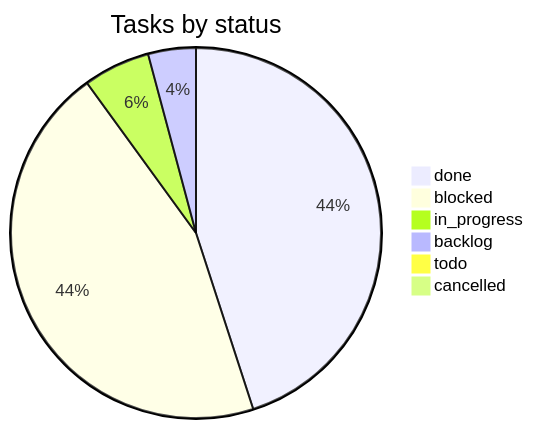
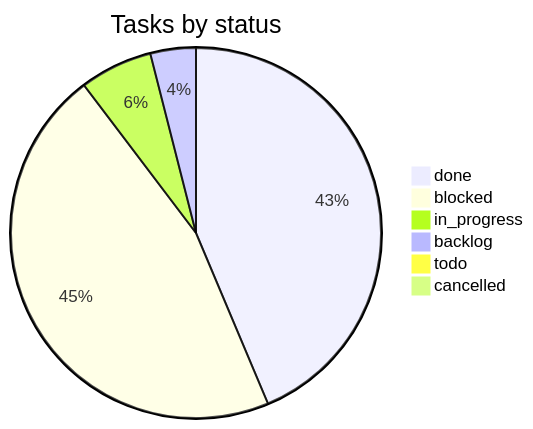
The second of 2 diagrams in PROGRESS.md (vulcanflow/docs), drawn with Mermaid before and after one commit. The commit also changed other lines of this file and 1 other file, not shown here.

Commit message:
progress: 1 delivery (VFL-146), 2 status changes, 1 new task (VFL-151)

````diff
--- a/PROGRESS.md
+++ b/PROGRESS.md
@@ -58,9 +58,9 @@
 ```mermaid
 pie title Tasks by status
-  "done" : 54
-  "blocked" : 54
-  "in_progress" : 7
+  "done" : 55
+  "blocked" : 58
+  "in_progress" : 8
   "backlog" : 5
   "todo" : 1
   "cancelled" : 1
 ```
````
